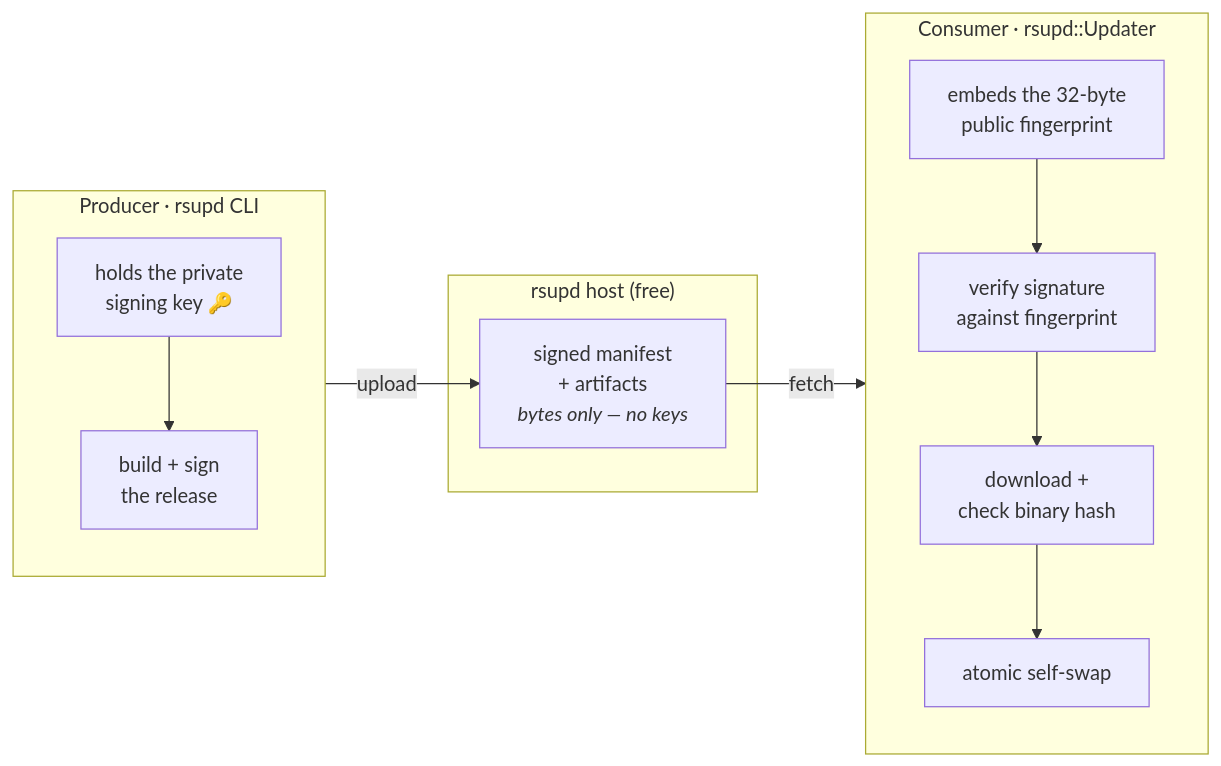
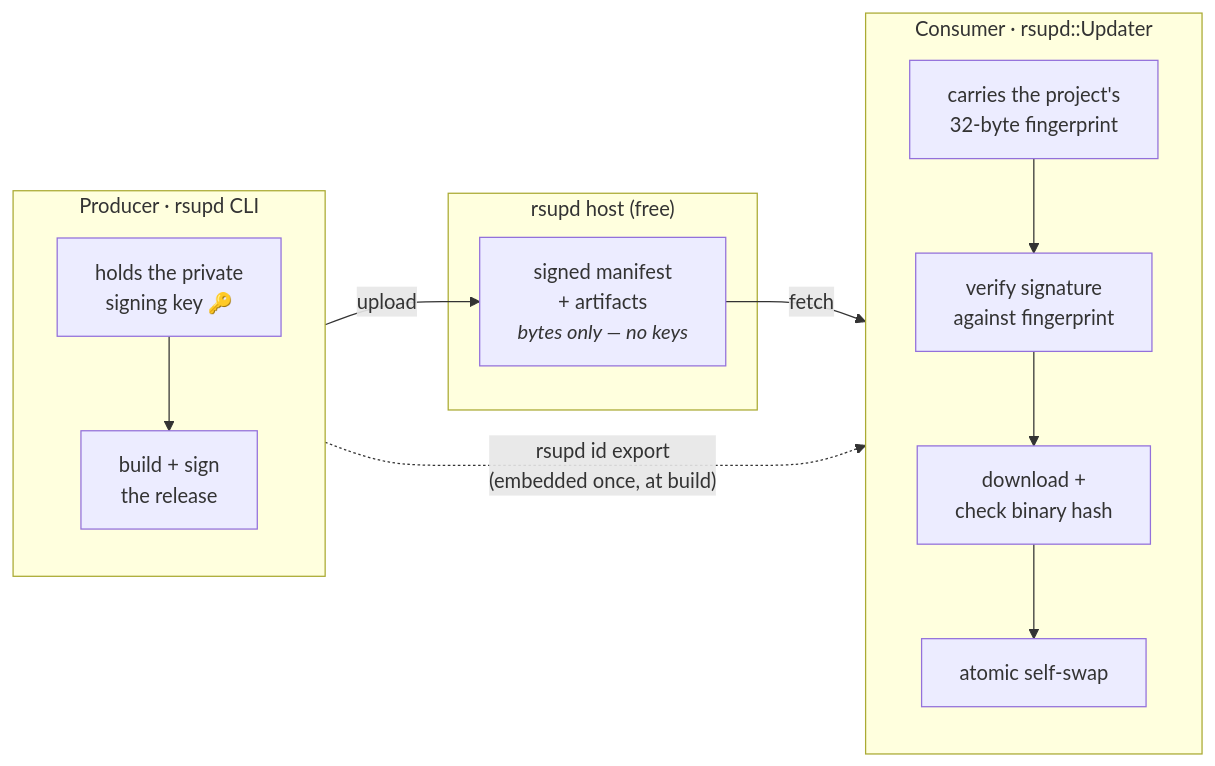
The diagram in README.md (KarpelesLab/rsupd), drawn with Mermaid before and after one commit. The commit also changed other lines of this file, not shown here.

First line of the commit message:
docs: clarify the fingerprint is the producer's, embedded into the consumer

````diff
--- a/README.md
+++ b/README.md
@@ -19,18 +19,19 @@
 ```mermaid
 flowchart LR
     subgraph P["Producer · rsupd CLI"]
         direction TB
         K["holds the private<br/>signing key 🔑"] --> B["build + sign<br/>the release"]
     end
     subgraph H["rsupd host (free)"]
         M["signed manifest<br/>+ artifacts<br/><i>bytes only — no keys</i>"]
     end
     subgraph C["Consumer · rsupd::Updater"]
         direction TB
-        F["embeds the 32-byte<br/>public fingerprint"] --> V["verify signature<br/>against fingerprint"]
+        F["carries the project's<br/>32-byte fingerprint"] --> V["verify signature<br/>against fingerprint"]
         V --> D["download +<br/>check binary hash"]
         D --> S["atomic self-swap"]
     end
     B -- upload --> M
     M -- fetch --> V
+    K -. "rsupd id export<br/>(embedded once, at build)" .-> F
 ```
````
